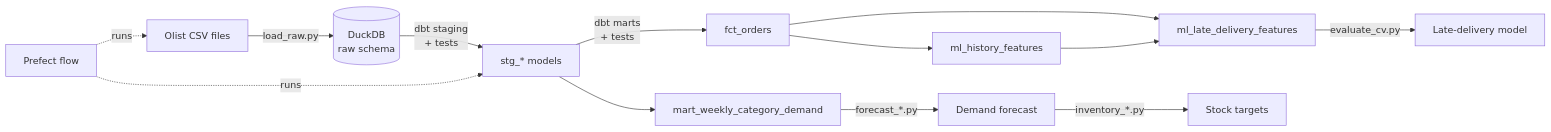
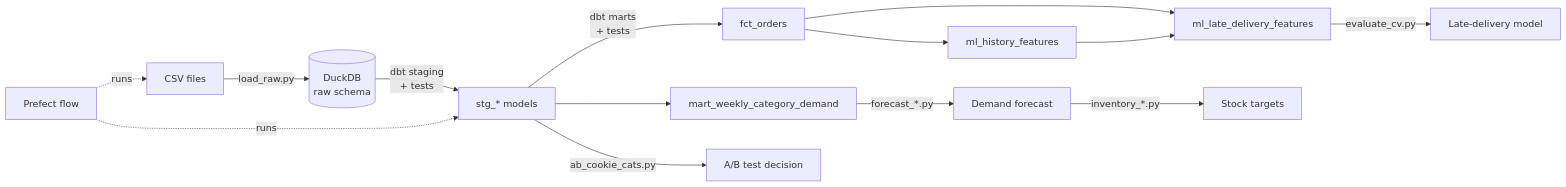
One commit to muhammedmufad/olist-order-to-decision changed the diagram in README.md. Above: the diagram before and after it, drawn with Mermaid. The commit also changed other lines of this file, not shown here.

Commit message:
Document Cookie Cats A/B test analysis and decision in README

````diff
--- a/README.md
+++ b/README.md
@@ -19,15 +19,16 @@
 ```mermaid
 flowchart LR
-    A[Olist CSV files] -->|load_raw.py| B[(DuckDB<br/>raw schema)]
+    A[CSV files] -->|load_raw.py| B[(DuckDB<br/>raw schema)]
     B -->|dbt staging<br/>+ tests| C[stg_* models]
     C -->|dbt marts<br/>+ tests| D[fct_orders]
     D --> E[ml_history_features]
     D --> F[ml_late_delivery_features]
     E --> F
     F -->|evaluate_cv.py| G[Late-delivery model]
     C --> H[mart_weekly_category_demand]
     H -->|forecast_*.py| I[Demand forecast]
     I -->|inventory_*.py| J[Stock targets]
+    C -->|ab_cookie_cats.py| K[A/B test decision]
     P[Prefect flow] -.runs.-> A
     P -.runs.-> C
 ```
````
